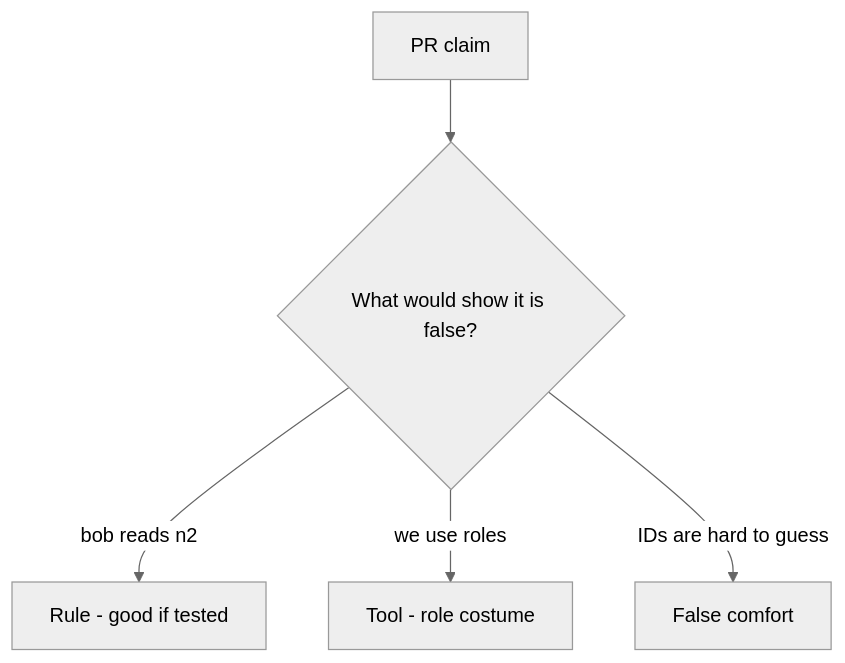
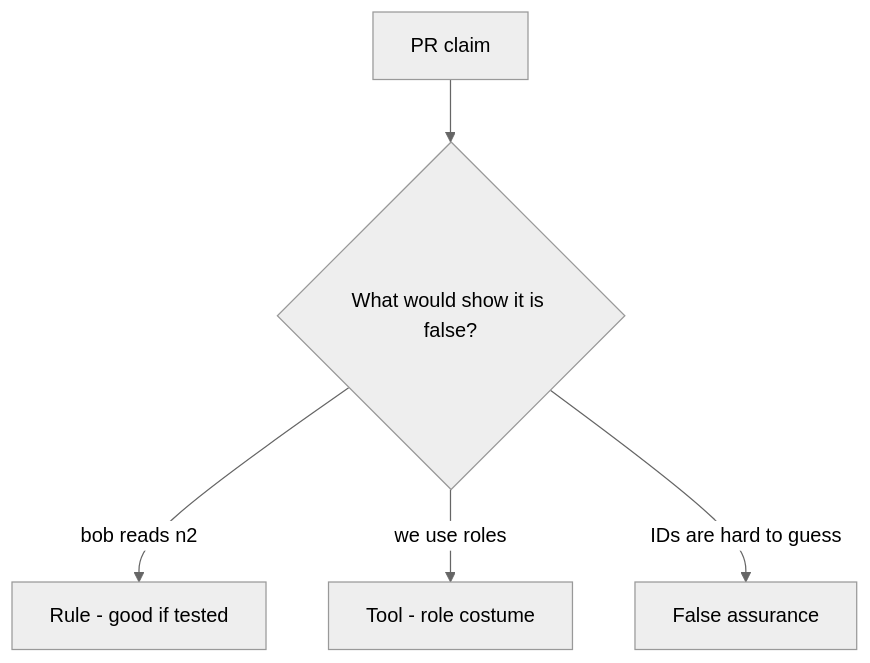
The diagram in content/modules/4/4.4/lessons/08-review.md (ishitvagoel/LearnSecurity), drawn with Mermaid (neutral theme) before and after one commit. The commit also changed other lines of this file and 240 other files, not shown here.

````diff
--- a/content/modules/4/4.4/lessons/08-review.md
+++ b/content/modules/4/4.4/lessons/08-review.md
@@ -18,7 +18,7 @@
 ```mermaid
 flowchart TD
   Claim[PR claim] --> Q{"What would show it is false?"}
   Q -->|"bob reads n2"| Property["Rule - good if tested"]
   Q -->|"we use roles"| Mechanism[Tool - role costume]
-  Q -->|"IDs are hard to guess"| False[False comfort]
+  Q -->|"IDs are hard to guess"| False[False assurance]
 ```
````
